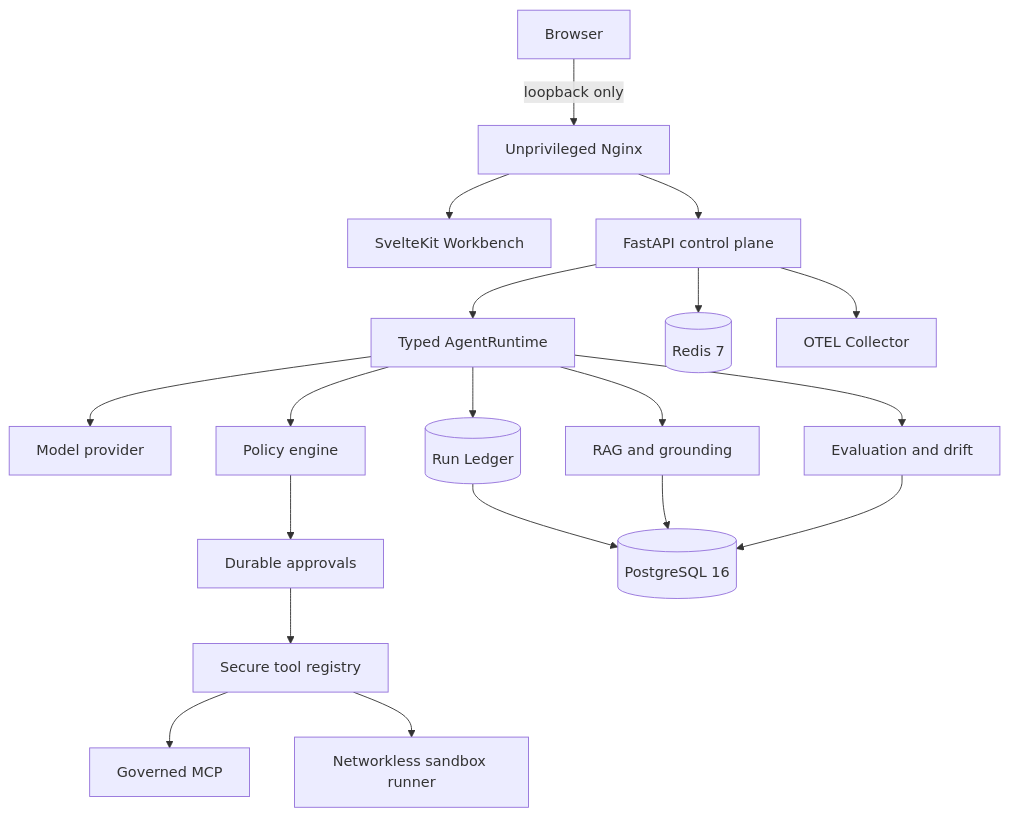
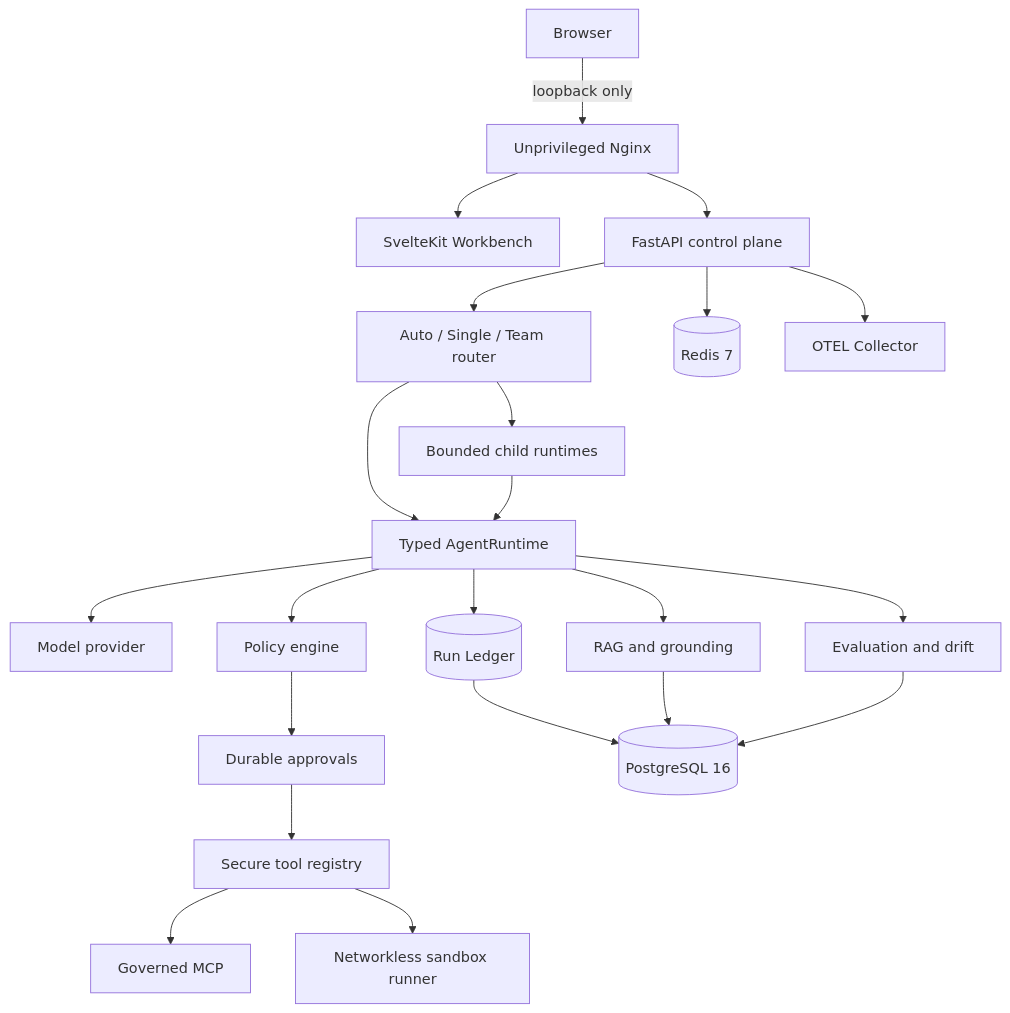
One commit to levalencia/archon changed the diagram in README.md. Above: the diagram before and after it, drawn with Mermaid. The commit also changed other lines of this file and 12 other files, not shown here.

````diff
--- a/README.md
+++ b/README.md
@@ -72,26 +72,29 @@
 ```mermaid
 flowchart TB
     Browser -->|loopback only| Gateway[Unprivileged Nginx]
     Gateway --> Frontend[SvelteKit Workbench]
     Gateway --> Backend[FastAPI control plane]
 
-    Backend --> Runtime[Typed AgentRuntime]
+    Backend --> Router[Auto / Single / Team router]
+    Router --> Runtime[Typed AgentRuntime]
+    Router --> Children[Bounded child runtimes]
+    Children --> Runtime
     Runtime --> Provider[Model provider]
     Runtime --> Policy[Policy engine]
     Policy --> Approval[Durable approvals]
     Approval --> Tools[Secure tool registry]
 
     Tools --> MCP[Governed MCP]
     Tools --> Sandbox[Networkless sandbox runner]
 
     Runtime --> Ledger[(Run Ledger)]
     Runtime --> RAG[RAG and grounding]
     Runtime --> Eval[Evaluation and drift]
 
     Ledger --> Postgres[(PostgreSQL 16)]
     RAG --> Postgres
     Eval --> Postgres
 
     Backend --> Redis[(Redis 7)]
     Backend --> OTEL[OTEL Collector]
 ```
````
